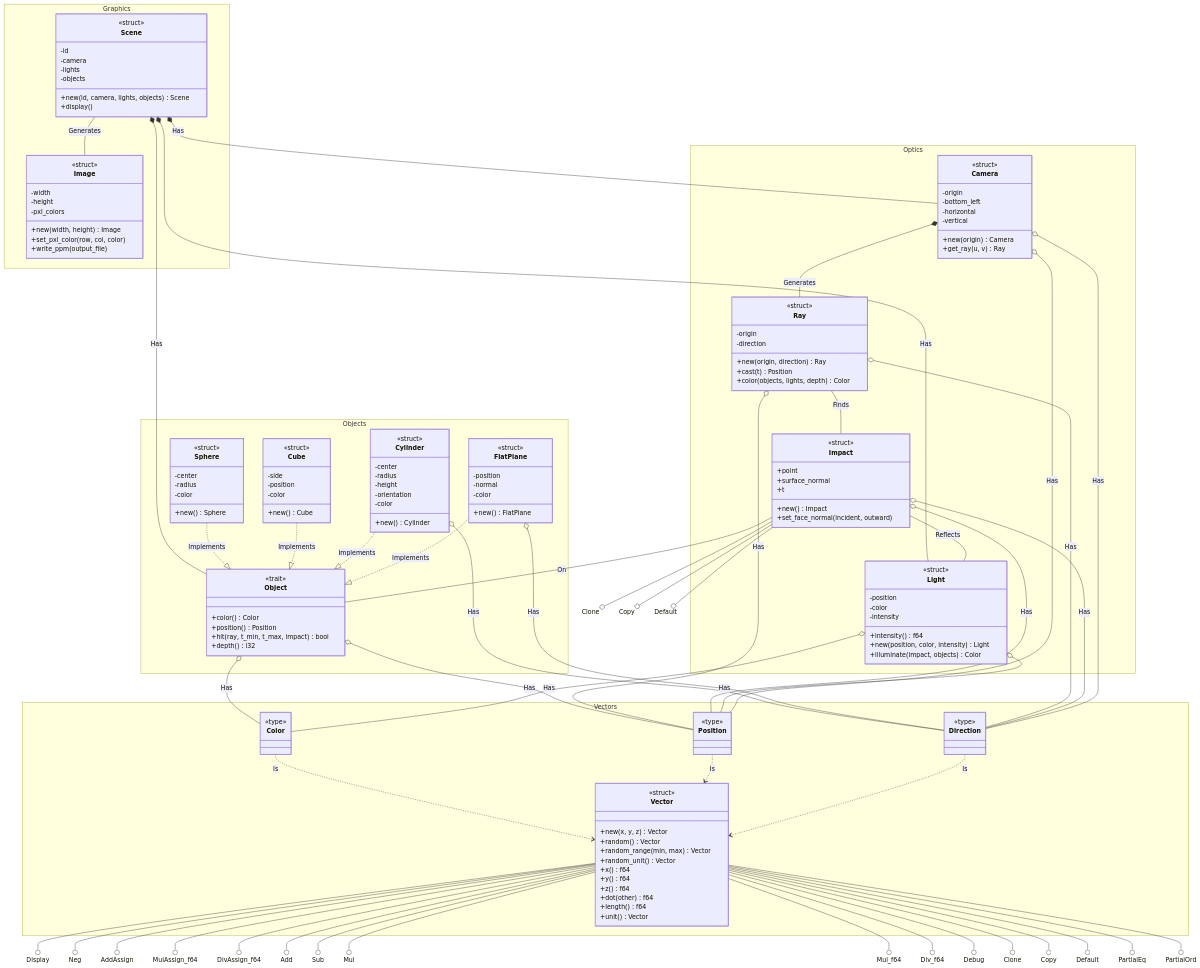
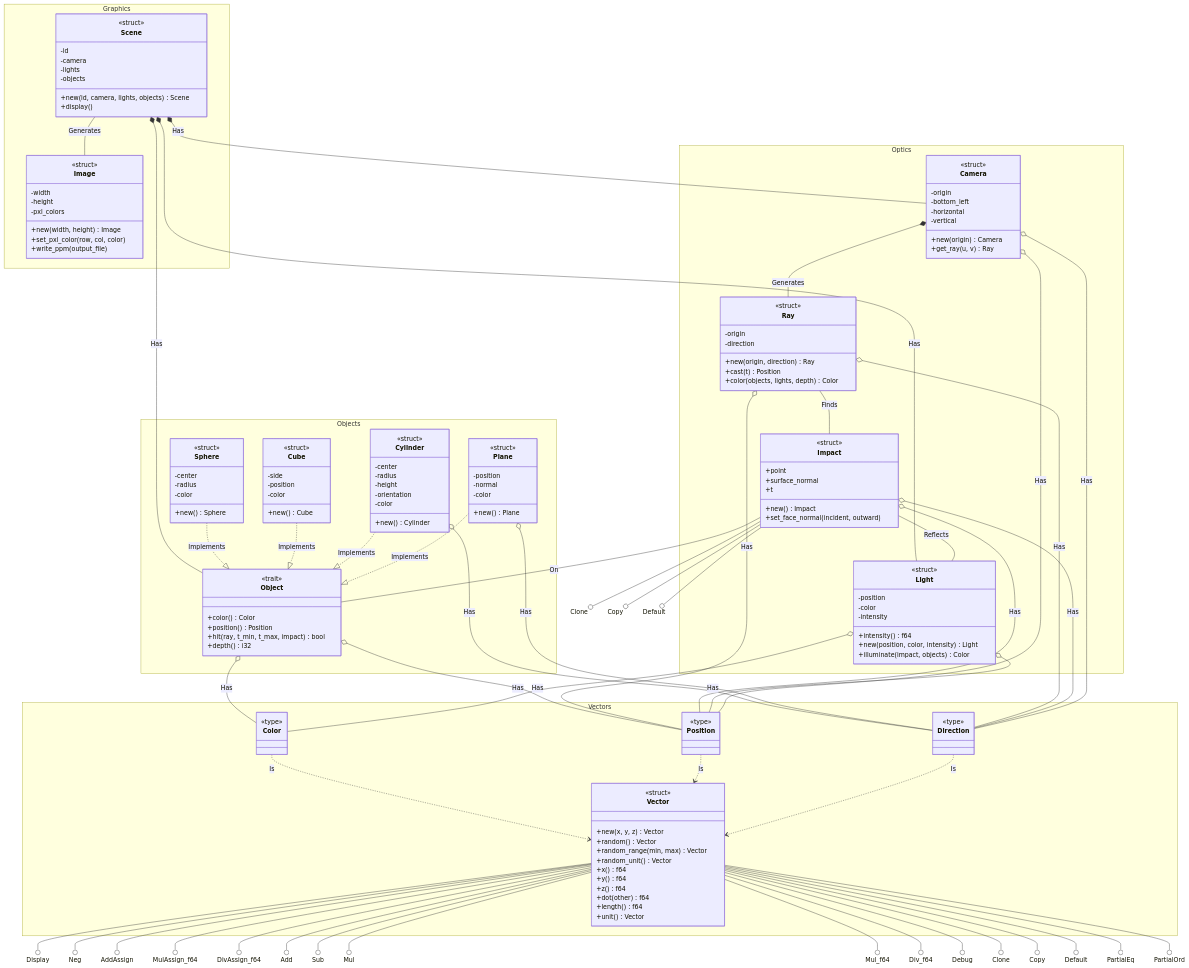
The second of 2 diagrams in README.md (D4rkJvck/ray-tracing), drawn with Mermaid before and after one commit. The commit also changed 11 other files, not shown here.

```diff
--- a/README.md
+++ b/README.md
@@ -278,12 +278,12 @@
     +new() Cylinder
   }
   
-  class FlatPlane {
+  class Plane {
     <<struct>>
     -position
     -normal
     -color
-    +new() FlatPlane
+    +new() Plane
   }
 }
 
@@ -334,14 +334,14 @@
 Sphere ..|> Object: Implements
 Cube ..|> Object: Implements
 Cylinder ..|> Object: Implements
-FlatPlane ..|> Object: Implements
+Plane ..|> Object: Implements
 
 Object o-- Position: Has
 Object o-- Color: Has
 
 Cylinder o-- Direction: Has
 
-FlatPlane o-- Direction: Has
+Plane o-- Direction: Has
 
 Ray o-- Position: Has
 Ray o-- Direction: Has
```
